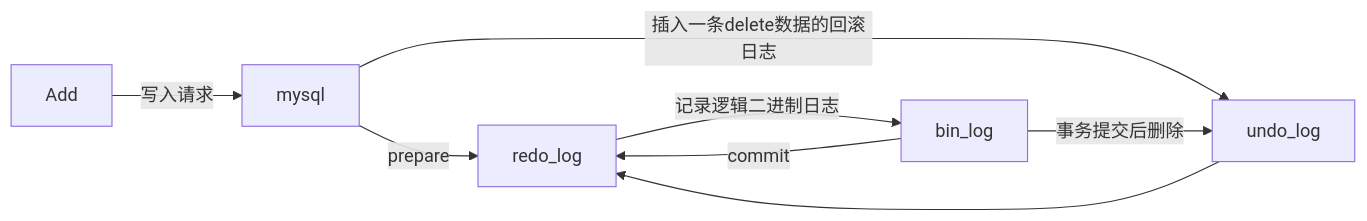
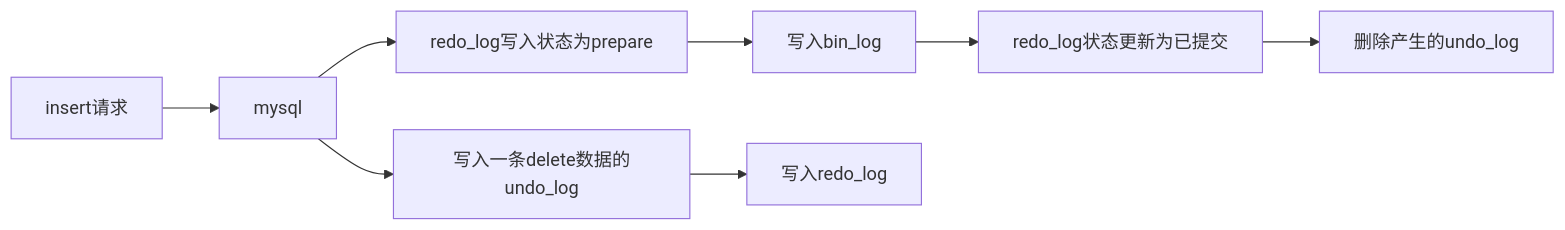
Before and after one commit to lwx-fly/review: the third of 5 diagrams in mysql.md, drawn with Mermaid. The commit also changed other lines of this file, not shown here.

````diff
--- a/mysql.md
+++ b/mysql.md
@@ -9,8 +16,7 @@
 ```mermaid
 graph LR;
-Add--写入请求-->mysql   
-mysql--prepare-->redo_log--记录逻辑二进制日志-->bin_log--commit-->redo_log
-mysql--插入一条delete数据的回滚日志-->undo_log
-undo_log-->redo_log
-bin_log--事务提交后删除-->undo_log
+insert请求-->mysql   
+mysql-->redo_log写入状态为prepare-->写入bin_log-->redo_log状态更新为已提交-->删除产生的undo_log
+mysql-->写入一条delete数据的undo_log
+写入一条delete数据的undo_log-->写入redo_log
 ```
````
